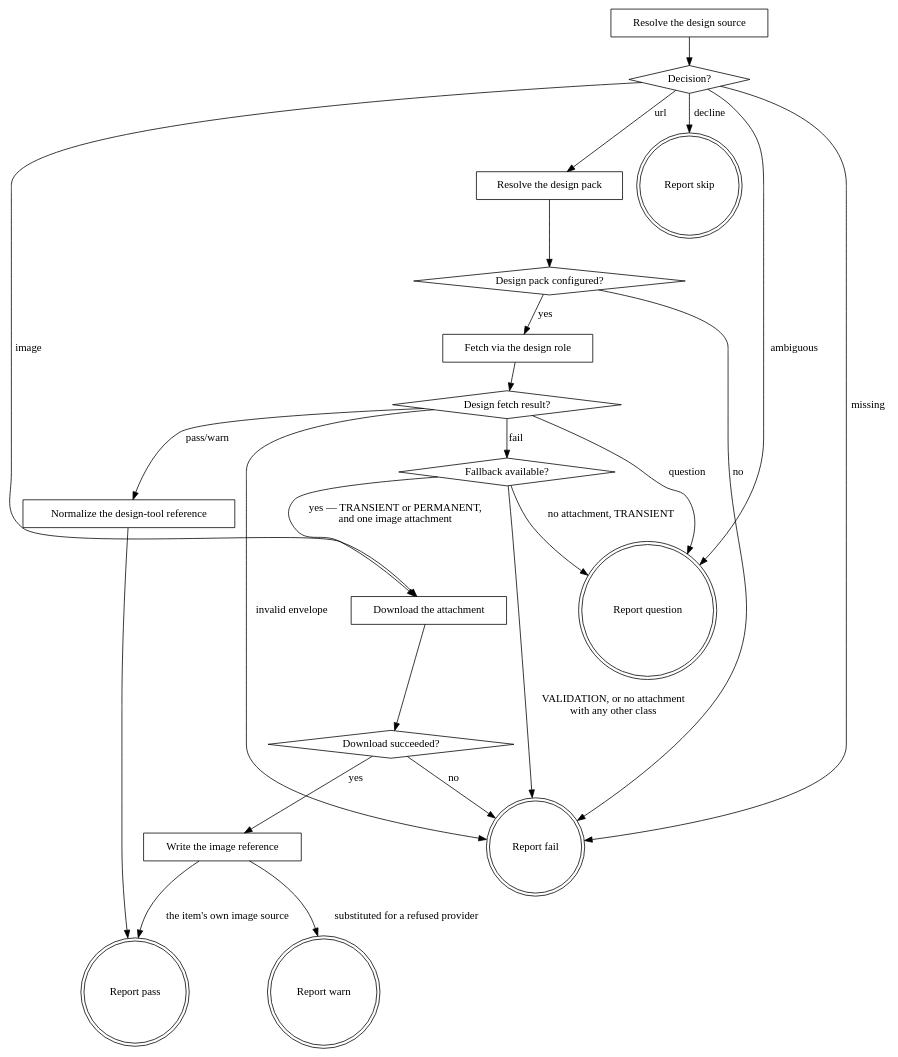
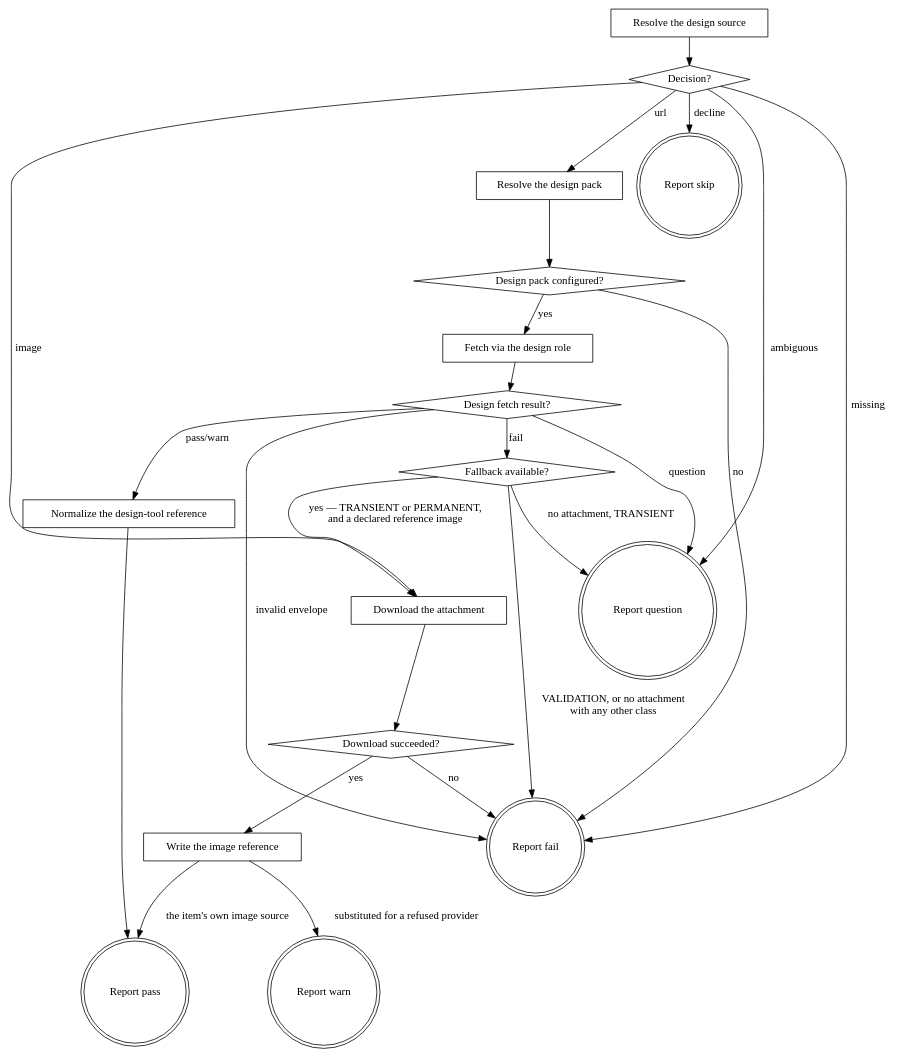
Before and after one commit to agenticDraft/aem-eds-ai-workflow-demo: the diagram in plugins/eds/skills/eds-extract/SKILL.md, drawn with Graphviz. The commit also changed other lines of this file and 2 other files, not shown here.

````diff
--- a/plugins/eds/skills/eds-extract/SKILL.md
+++ b/plugins/eds/skills/eds-extract/SKILL.md
@@ -34,44 +34,44 @@
 ```dot
 digraph eds_extract {
     "Resolve the design source" [shape=box];
     "Decision?" [shape=diamond];
     "Resolve the design pack" [shape=box];
     "Design pack configured?" [shape=diamond];
     "Fetch via the design role" [shape=box];
     "Design fetch result?" [shape=diamond];
     "Normalize the design-tool reference" [shape=box];
     "Fallback available?" [shape=diamond];
     "Download the attachment" [shape=box];
     "Download succeeded?" [shape=diamond];
     "Write the image reference" [shape=box];
     "Report skip" [shape=doublecircle];
     "Report pass" [shape=doublecircle];
     "Report warn" [shape=doublecircle];
     "Report question" [shape=doublecircle];
     "Report fail" [shape=doublecircle];
 
     "Resolve the design source" -> "Decision?";
     "Decision?" -> "Report skip" [label="decline"];
     "Decision?" -> "Resolve the design pack" [label="url"];
     "Decision?" -> "Download the attachment" [label="image"];
     "Decision?" -> "Report question" [label="ambiguous"];
     "Decision?" -> "Report fail" [label="missing"];
     "Resolve the design pack" -> "Design pack configured?";
     "Design pack configured?" -> "Fetch via the design role" [label="yes"];
     "Design pack configured?" -> "Report fail" [label="no"];
     "Fetch via the design role" -> "Design fetch result?";
     "Design fetch result?" -> "Normalize the design-tool reference" [label="pass/warn"];
     "Design fetch result?" -> "Report question" [label="question"];
     "Design fetch result?" -> "Fallback available?" [label="fail"];
     "Design fetch result?" -> "Report fail" [label="invalid envelope"];
-    "Fallback available?" -> "Download the attachment" [label="yes — TRANSIENT or PERMANENT,\nand one image attachment"];
+    "Fallback available?" -> "Download the attachment" [label="yes — TRANSIENT or PERMANENT,\nand a declared reference image"];
     "Fallback available?" -> "Report question" [label="no attachment, TRANSIENT"];
     "Fallback available?" -> "Report fail" [label="VALIDATION, or no attachment\nwith any other class"];
     "Normalize the design-tool reference" -> "Report pass";
     "Download the attachment" -> "Download succeeded?";
     "Download succeeded?" -> "Write the image reference" [label="yes"];
     "Download succeeded?" -> "Report fail" [label="no"];
     "Write the image reference" -> "Report pass" [label="the item's own image source"];
     "Write the image reference" -> "Report warn" [label="substituted for a refused provider"];
 }
 ```
````
